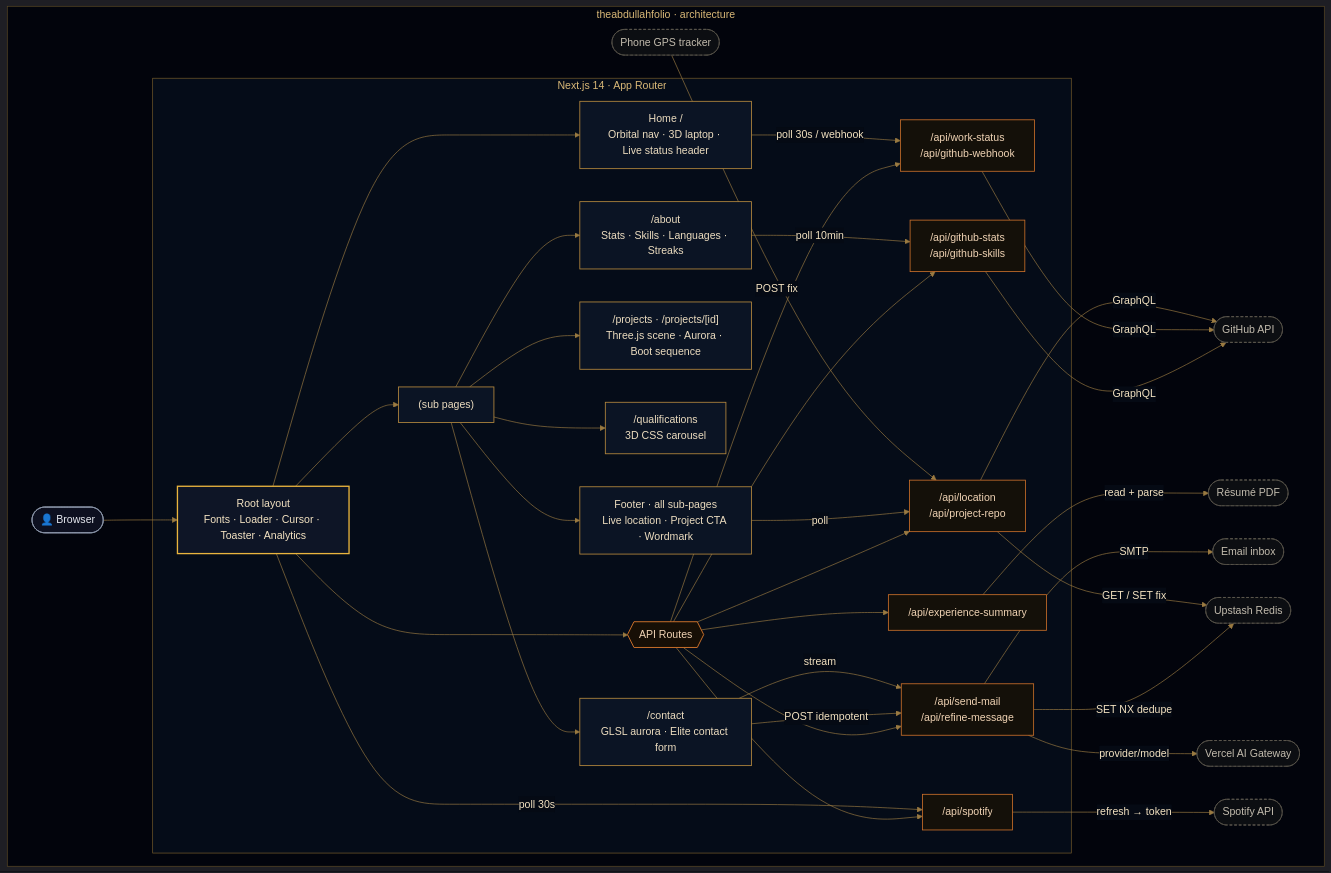
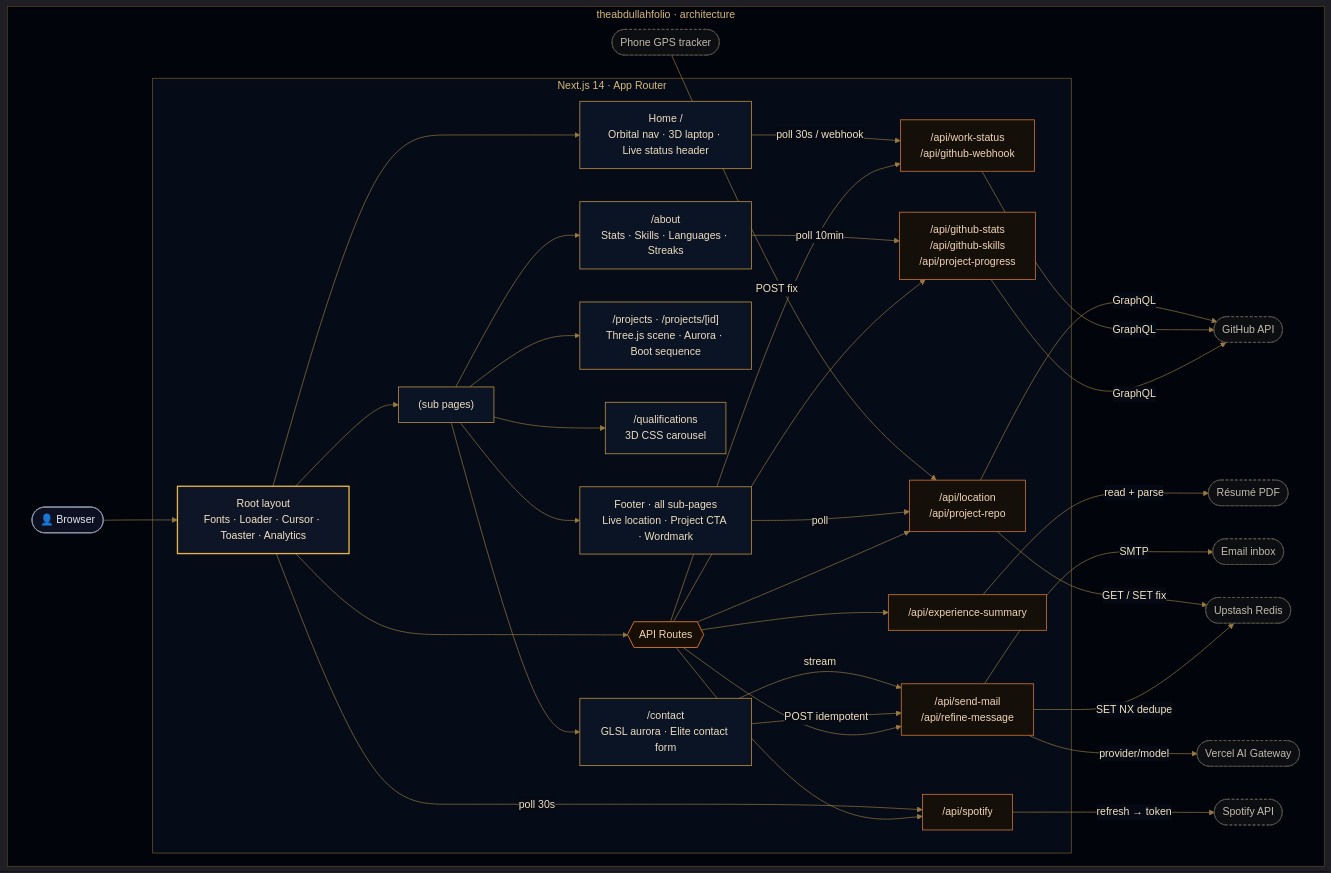
One commit to MA1002643/theabdullahfolio changed the diagram in README.md. Above: the diagram before and after it, drawn with Mermaid. The commit also changed other lines of this file and 36 other files, not shown here.

````diff
--- a/README.md
+++ b/README.md
@@ -146,69 +146,69 @@
 ```mermaid
 %%{init: {"theme":"dark","themeVariables":{"fontFamily":"ui-sans-serif, system-ui, -apple-system, Segoe UI, sans-serif","lineColor":"#9a7a42","edgeLabelBackground":"#050a14","tertiaryColor":"#050a14"}}}%%
 graph TD
     subgraph Sys[" theabdullahfolio · architecture "]
         Browser(["👤 Browser"])
 
         subgraph App[" Next.js 14 · App Router "]
             Root["Root layout<br/>Fonts · Loader · Cursor · Toaster · Analytics"]
             Root --> Home["Home /<br/>Orbital nav · 3D laptop · Live status header"]
             Root --> Pages["(sub pages)"]
             Pages --> About["/about<br/>Stats · Skills · Languages · Streaks"]
             Pages --> Projects["/projects · /projects/[id]<br/>Three.js scene · Aurora · Boot sequence"]
             Pages --> Quals["/qualifications<br/>3D CSS carousel"]
             Pages --> Contact["/contact<br/>GLSL aurora · Elite contact form"]
             Pages --> Footer["Footer · all sub-pages<br/>Live location · Project CTA · Wordmark"]
 
             Root --> API{{"API Routes"}}
-            API --> Stats["/api/github-stats<br/>/api/github-skills"]
+            API --> Stats["/api/github-stats<br/>/api/github-skills<br/>/api/project-progress"]
             API --> Exp["/api/experience-summary"]
             API --> Work["/api/work-status<br/>/api/github-webhook"]
             API --> Mail["/api/send-mail<br/>/api/refine-message"]
             API --> Foot["/api/location<br/>/api/project-repo"]
             API --> Music["/api/spotify"]
         end
 
         GitHub([GitHub API])
         PDF([Résumé PDF])
         Inbox([Email inbox])
         Redis([Upstash Redis])
         Gateway([Vercel AI Gateway])
         Tracker([Phone GPS tracker])
         Spotify([Spotify API])
 
         Browser --> Root
         About -->|poll 10min| Stats
         Home -->|poll 30s / webhook| Work
         Contact -->|POST idempotent| Mail
         Contact -->|stream| Mail
         Stats -->|GraphQL| GitHub
         Work -->|GraphQL| GitHub
         Exp -->|read + parse| PDF
         Mail -->|SMTP| Inbox
         Mail -->|SET NX dedupe| Redis
         Mail -->|provider/model| Gateway
         Footer -->|poll| Foot
         Tracker -->|POST fix| Foot
         Foot -->|GraphQL| GitHub
         Foot -->|GET / SET fix| Redis
         Root -->|poll 30s| Music
         Music -->|refresh → token| Spotify
     end
 
     classDef client fill:#0d1020,stroke:#8f99ad,stroke-width:1.25px,color:#e6e9f0;
     classDef root fill:#0e1526,stroke:#eab53e,stroke-width:2px,color:#f4e3c2;
     classDef page fill:#0b1424,stroke:#b78a3e,stroke-width:1.25px,color:#ecdcbf;
     classDef api fill:#141009,stroke:#c96f2a,stroke-width:1.25px,color:#f0d3b4;
     classDef gateway fill:#170f06,stroke:#c96f2a,stroke-width:1.5px,color:#f0d3b4;
     classDef ext fill:#0c0e12,stroke:#5f5a50,stroke-width:1px,color:#c3bcae,stroke-dasharray:4 3;
 
     class Browser client;
     class Root root;
     class Home,Pages,About,Projects,Quals,Contact,Footer page;
     class Stats,Exp,Work,Mail,Foot,Music api;
     class API gateway;
     class GitHub,PDF,Inbox,Redis,Gateway,Tracker,Spotify ext;
 
     style Sys fill:#02040c,stroke:#5c4a24,stroke-width:1px,color:#d9b877;
     style App fill:#050c18,stroke:#7a5f2c,stroke-width:1px,color:#d9b877;
 ```
````
